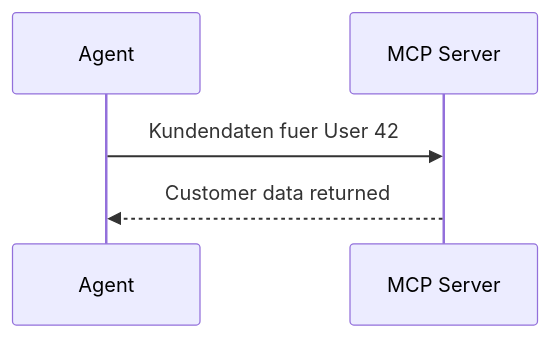
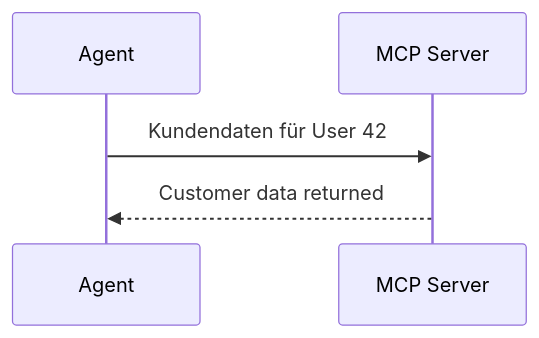
Before and after one commit to soenkelange/ai-lab-3-agentic-programming: the seventh of 9 diagrams in 04-mcp-and-tooling/mcp-core-concepts.md, drawn with Mermaid. The commit also changed other lines of this file and 31 other files, not shown here.

````diff
--- a/04-mcp-and-tooling/mcp-core-concepts.md
+++ b/04-mcp-and-tooling/mcp-core-concepts.md
@@ -130,7 +130,7 @@
 ```mermaid
 sequenceDiagram
   participant A as Agent
   participant M as MCP Server
-  A->>M: Kundendaten fuer User 42
+  A->>M: Kundendaten für User 42
   M-->>A: Customer data returned
 ```
````
